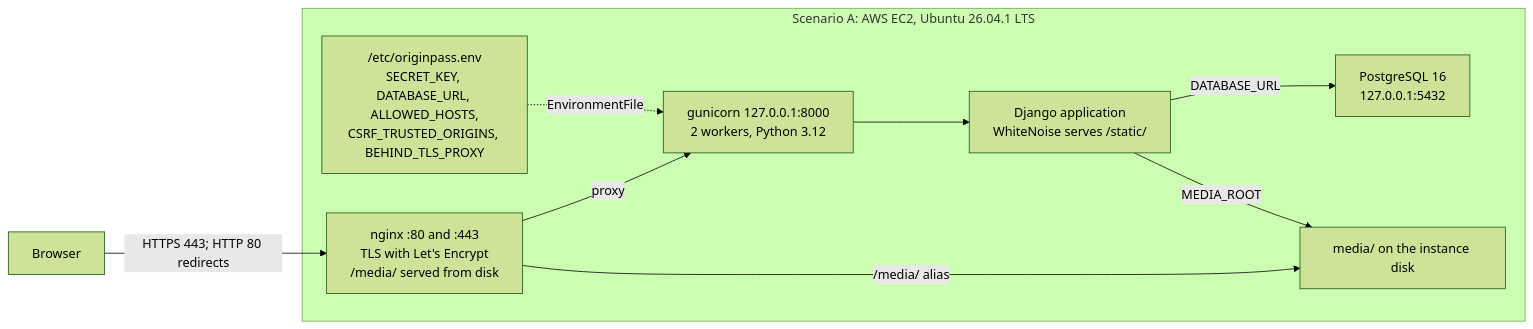
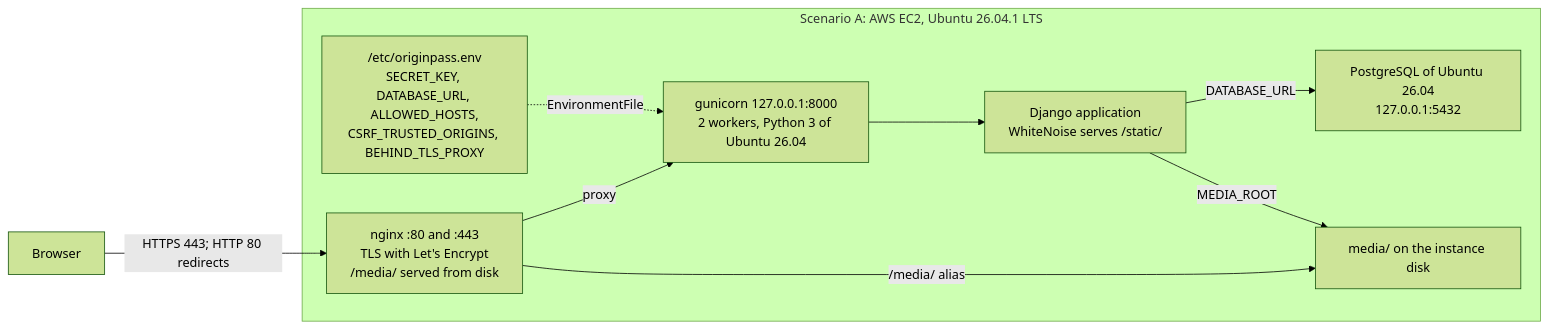
One commit to Pacha-e/OriginPass changed the first of 4 diagrams in docs/d4/diagramas.md. Above: the diagram before and after it, drawn with Mermaid (forest theme). The commit also changed 30 other files, not shown here.

````diff
--- a/docs/d4/diagramas.md
+++ b/docs/d4/diagramas.md
@@ -9,19 +9,19 @@
 ```mermaid
 flowchart LR
     NAV["Browser"]
     subgraph EC2["Scenario A: AWS EC2, Ubuntu 26.04.1 LTS"]
         NG["nginx :80 and :443<br/>TLS with Let's Encrypt<br/>/media/ served from disk"]
-        GU["gunicorn 127.0.0.1:8000<br/>2 workers, Python 3.12"]
+        GU["gunicorn 127.0.0.1:8000<br/>2 workers, Python 3 of Ubuntu 26.04"]
         APP["Django application<br/>WhiteNoise serves /static/"]
-        PG["PostgreSQL 16<br/>127.0.0.1:5432"]
+        PG["PostgreSQL of Ubuntu 26.04<br/>127.0.0.1:5432"]
         MED["media/ on the instance disk"]
         ENV["/etc/originpass.env<br/>SECRET_KEY, DATABASE_URL, ALLOWED_HOSTS,<br/>CSRF_TRUSTED_ORIGINS, BEHIND_TLS_PROXY"]
     end
     NAV -->|"HTTPS 443; HTTP 80 redirects"| NG
     NG -->|"proxy"| GU
     NG -->|"/media/ alias"| MED
     GU --> APP
     ENV -.->|"EnvironmentFile"| GU
     APP -->|"DATABASE_URL"| PG
     APP -->|"MEDIA_ROOT"| MED
 ```
````
